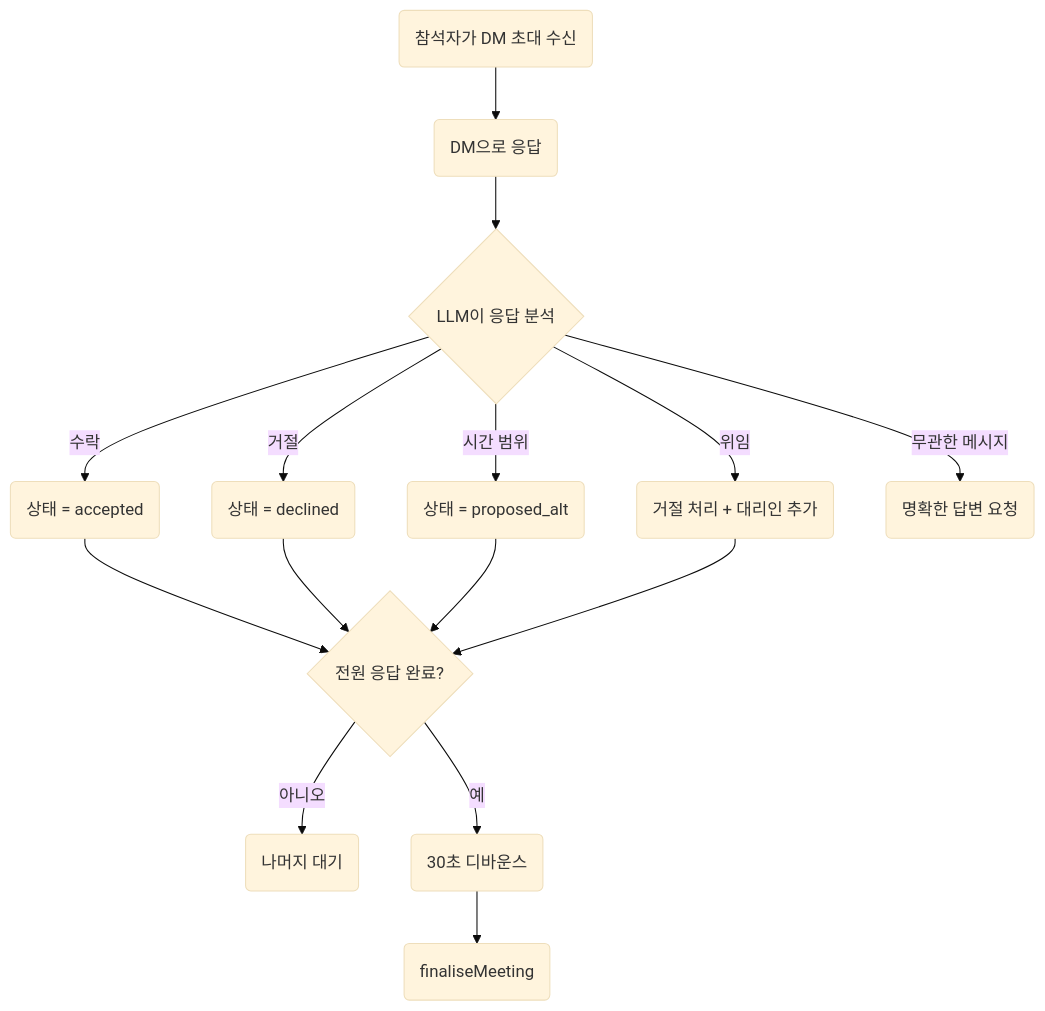
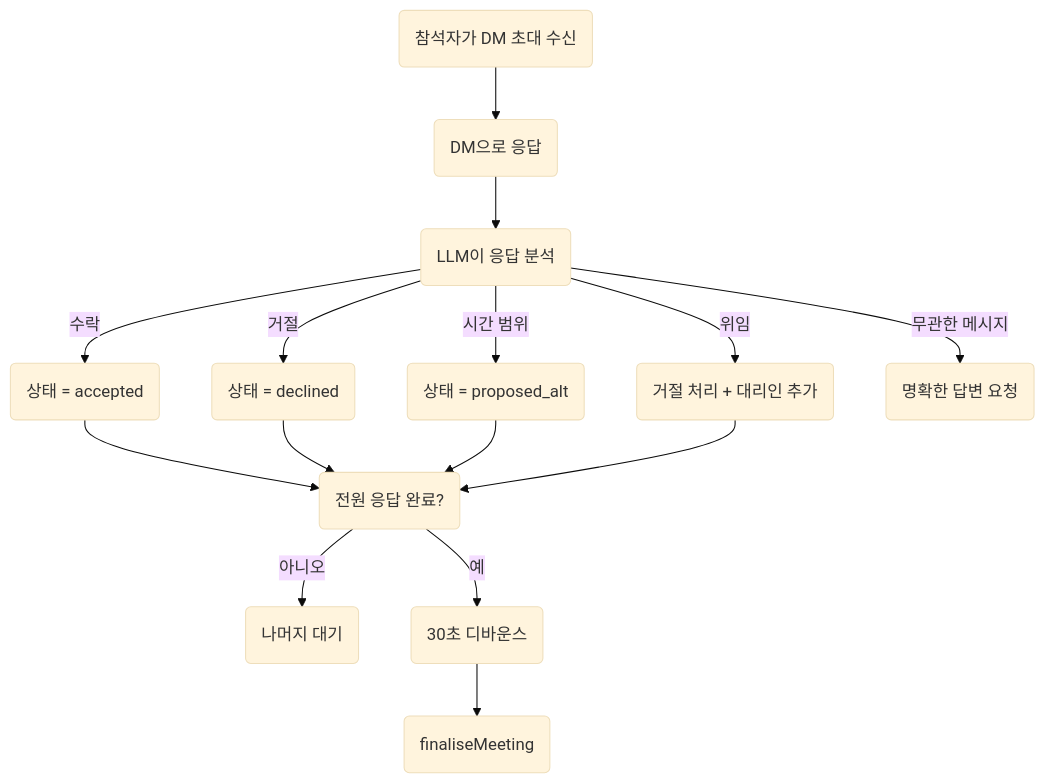
Before and after one commit to javana3/claw_meeting_all: the fifth of 7 diagrams in README.ko.md, drawn with Mermaid (base theme). The commit also changed other lines of this file and 4 other files, not shown here.

First line of the commit message:
docs: round all diagram nodes and update colors across 5 languages

````diff
--- a/README.ko.md
+++ b/README.ko.md
@@ -133,19 +133,19 @@
 ```mermaid
 graph TD
     A(참석자가 DM 초대 수신) --> B(DM으로 응답)
-    B --> C{LLM이 응답 분석}
+    B --> C(LLM이 응답 분석)
     C -->|수락| D(상태 = accepted)
     C -->|거절| E(상태 = declined)
     C -->|시간 범위| F(상태 = proposed_alt)
     C -->|위임| G(거절 처리 + 대리인 추가)
     C -->|무관한 메시지| H(명확한 답변 요청)
 
-    D --> I{전원 응답 완료?}
+    D --> I(전원 응답 완료?)
     E --> I
     F --> I
     G --> I
 
     I -->|아니오| J(나머지 대기)
     I -->|예| K(30초 디바운스)
     K --> L(finaliseMeeting)
 ```
````
